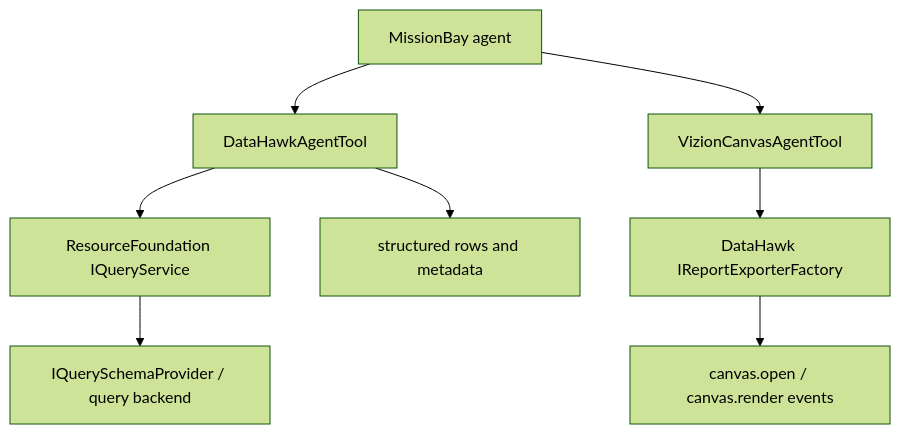
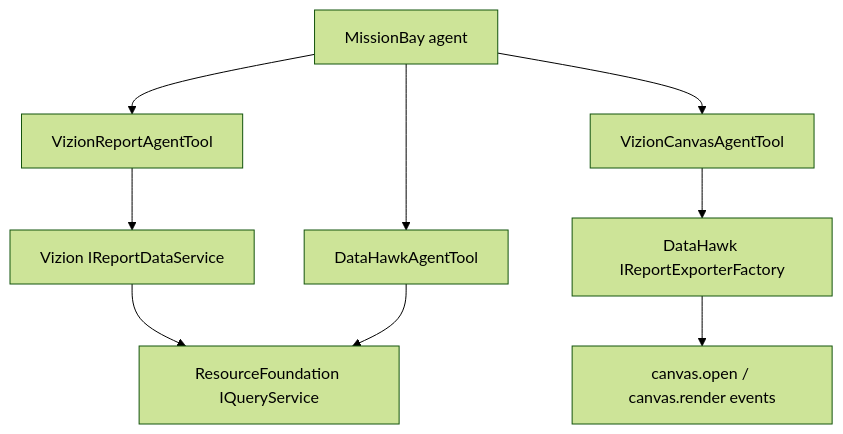
Before and after one commit to ddbase3/MissionBayReporting: the diagram in README.md, drawn with Mermaid (forest theme). The commit also changed other lines of this file and 13 other files, not shown here.

Commit message:
feat: vizion agent tool

````diff
--- a/README.md
+++ b/README.md
@@ -13,11 +13,13 @@
 ```mermaid
 flowchart TD
-    A[MissionBay agent] --> T[DataHawkAgentTool]
-    T --> Q[ResourceFoundation IQueryService]
-    Q --> S[IQuerySchemaProvider / query backend]
-    T --> R[structured rows and metadata]
+    A[MissionBay agent] --> Z[VizionReportAgentTool]
+    Z --> D[Vizion IReportDataService]
+    D --> Q[ResourceFoundation IQueryService]
+
+    A --> T[DataHawkAgentTool]
+    T --> Q
 
     A --> V[VizionCanvasAgentTool]
     V --> E[DataHawk IReportExporterFactory]
     E --> C[canvas.open / canvas.render events]
 ```
````
